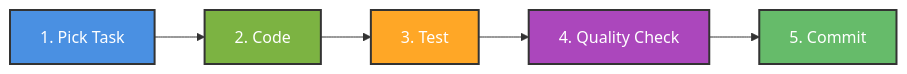
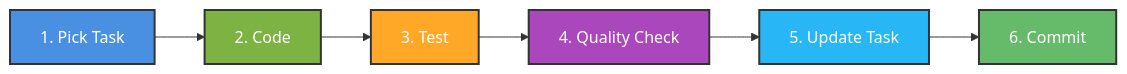
The diagram in docs/guides/workshop-ai-assisted-development.md (rcdelacruz/claude-code-agents), drawn with Mermaid before and after one commit. The commit also changed other lines of this file and 1 other file, not shown here.

````diff
--- a/docs/guides/workshop-ai-assisted-development.md
+++ b/docs/guides/workshop-ai-assisted-development.md
@@ -17,13 +212,15 @@
 ```mermaid
 flowchart LR
     A[1. Pick Task] --> B[2. Code]
     B --> C[3. Test]
     C --> D[4. Quality Check]
-    D --> E[5. Commit]
+    D --> E[5. Update Task]
+    E --> F[6. Commit]
 
     style A fill:#4a90e2,stroke:#333,stroke-width:2px,color:#fff
     style B fill:#7cb342,stroke:#333,stroke-width:2px,color:#fff
     style C fill:#ffa726,stroke:#333,stroke-width:2px,color:#fff
     style D fill:#ab47bc,stroke:#333,stroke-width:2px,color:#fff
-    style E fill:#66bb6a,stroke:#333,stroke-width:2px,color:#fff
+    style E fill:#29b6f6,stroke:#333,stroke-width:2px,color:#fff
+    style F fill:#66bb6a,stroke:#333,stroke-width:2px,color:#fff
 ```
````
